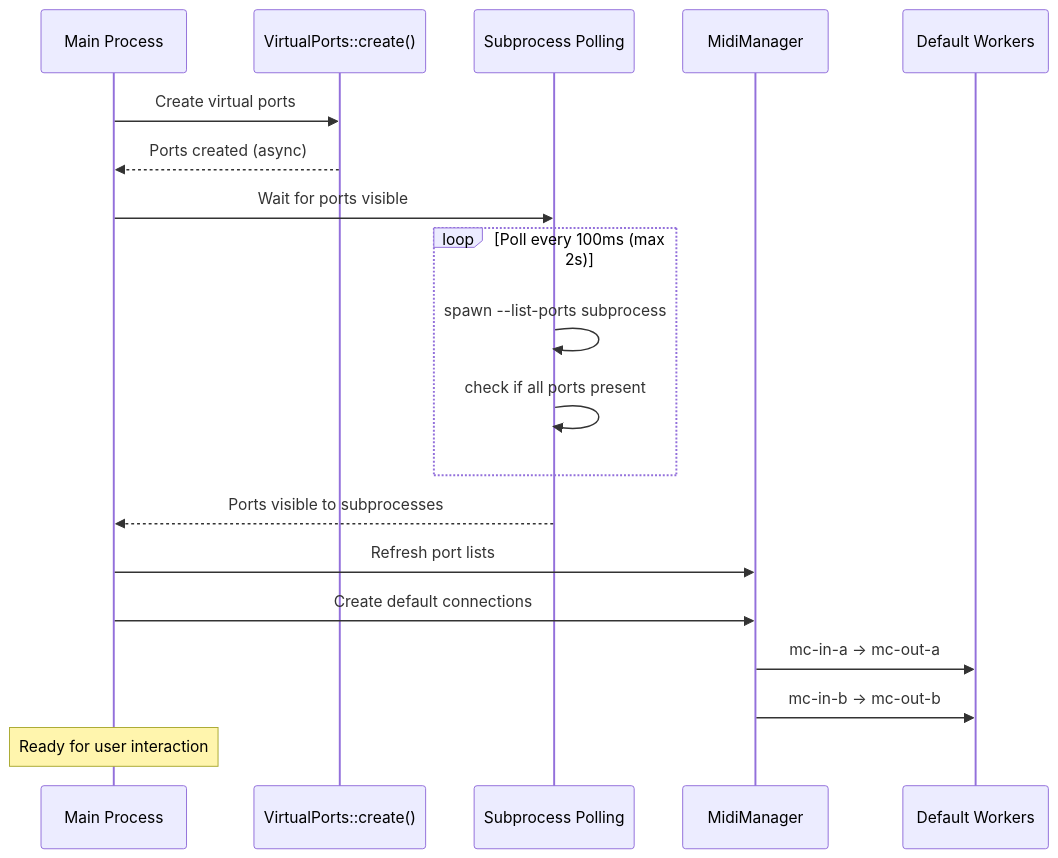
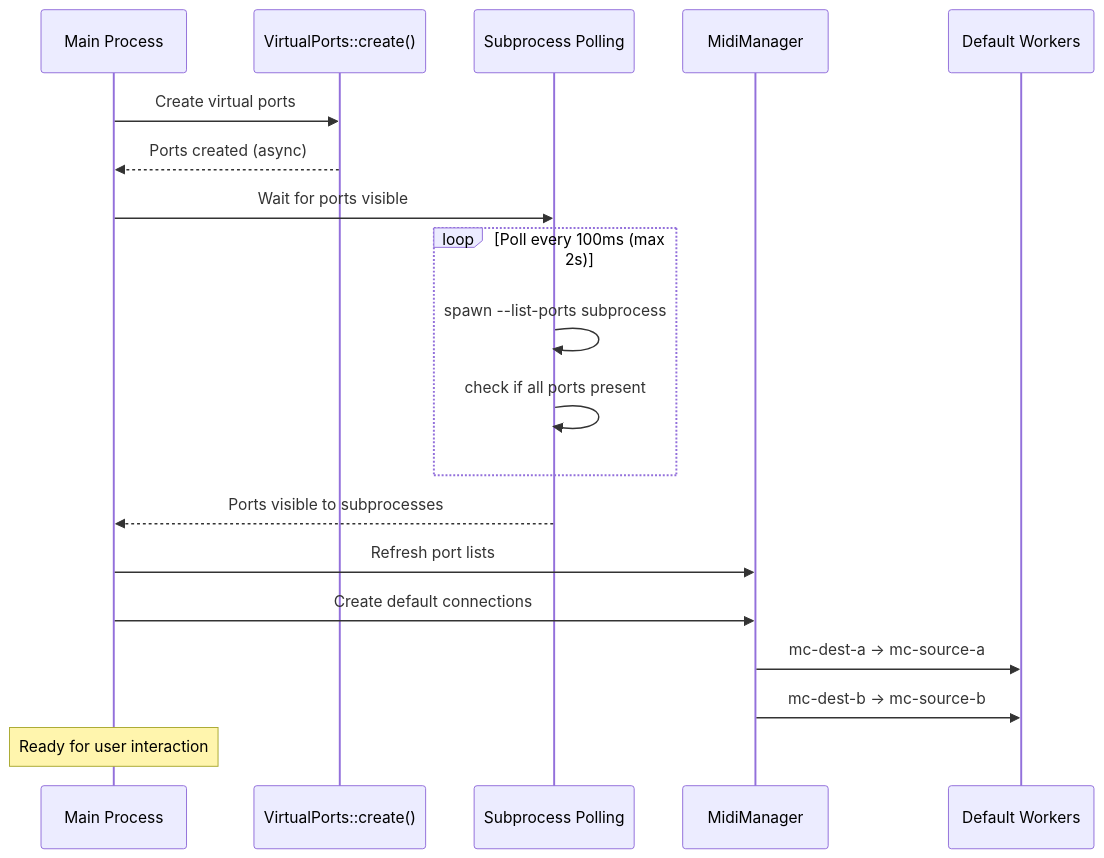
The tenth of 11 diagrams in docs/architecture.md (odaacabeef/midi-cable), drawn with Mermaid before and after one commit. The commit also changed other lines of this file and 1 other file, not shown here.

````diff
--- a/docs/architecture.md
+++ b/docs/architecture.md
@@ -343,25 +350,25 @@
 ```mermaid
 sequenceDiagram
     participant Main as Main Process
     participant VP as VirtualPorts::create()
     participant Poll as Subprocess Polling
     participant Mgr as MidiManager
     participant Worker as Default Workers
 
     Main->>VP: Create virtual ports
     VP-->>Main: Ports created (async)
 
     Main->>Poll: Wait for ports visible
     loop Poll every 100ms (max 2s)
         Poll->>Poll: spawn --list-ports subprocess
         Poll->>Poll: check if all ports present
     end
     Poll-->>Main: Ports visible to subprocesses
 
     Main->>Mgr: Refresh port lists
     Main->>Mgr: Create default connections
-    Mgr->>Worker: mc-in-a → mc-out-a
-    Mgr->>Worker: mc-in-b → mc-out-b
+    Mgr->>Worker: mc-dest-a → mc-source-a
+    Mgr->>Worker: mc-dest-b → mc-source-b
 
     Note over Main: Ready for user interaction
 ```
````
